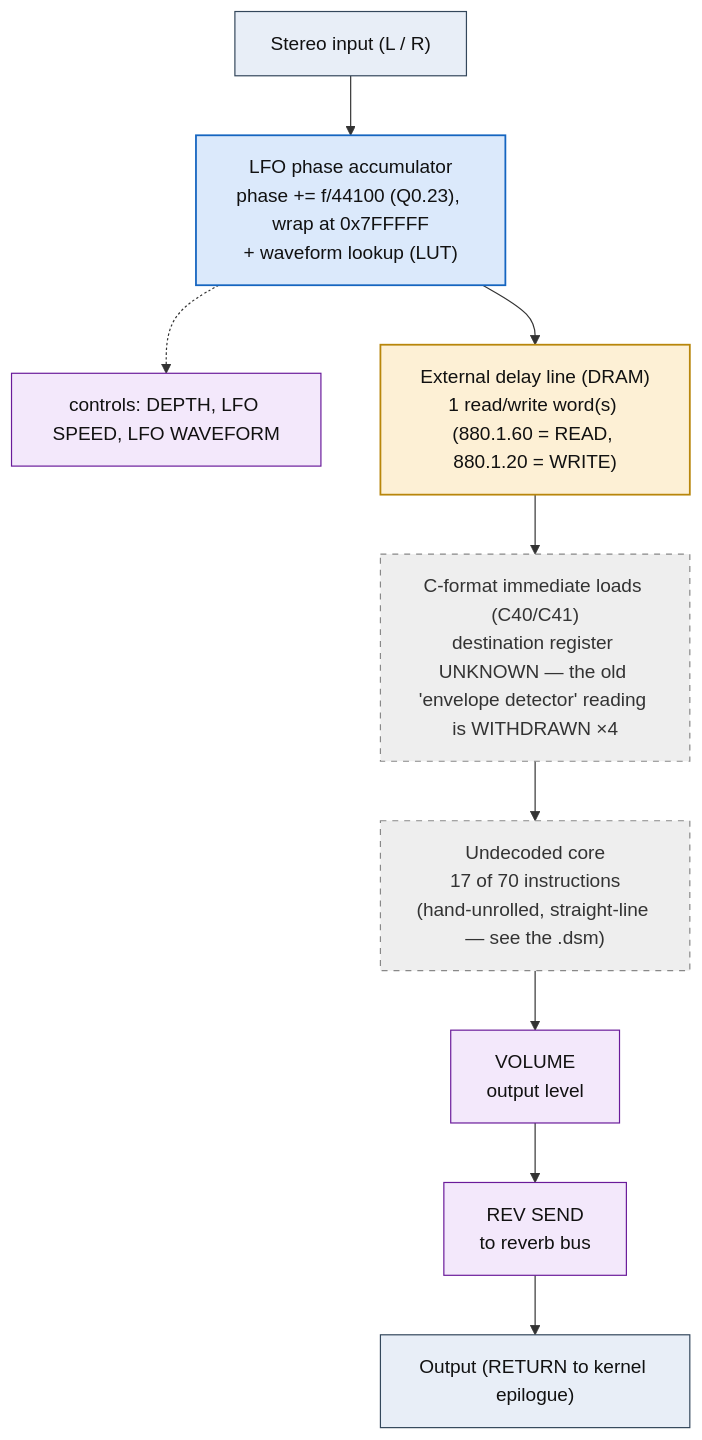
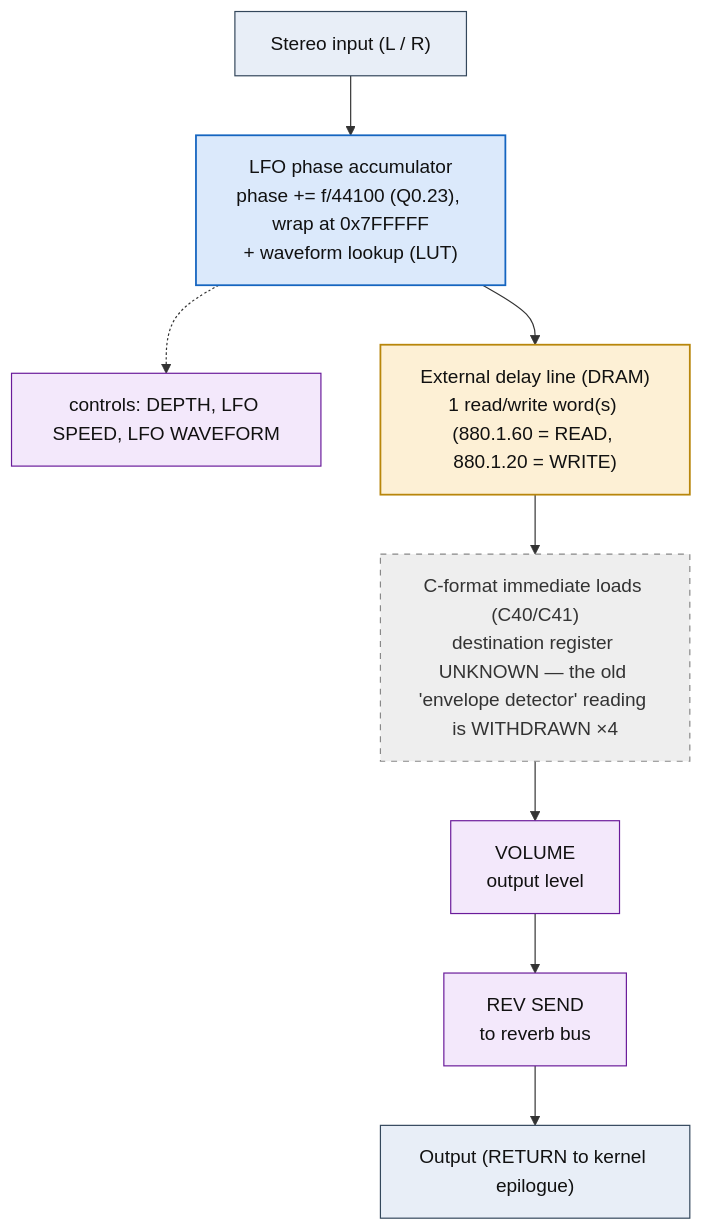
One commit to ArqueologiaDigital/kn5000-roms-disasm changed the diagram in dsp/flowcharts/prog01_chorus.md. Above: the diagram before and after it, drawn with Mermaid. The commit also changed other lines of this file and 39 other files, not shown here.

First line of the commit message:
dsp: annotate all flowcharts with the classic effect topology each shape matches

````diff
--- a/dsp/flowcharts/prog01_chorus.md
+++ b/dsp/flowcharts/prog01_chorus.md
@@ -12,32 +12,30 @@
 ```mermaid
 flowchart TD
     N0["Stereo input (L / R)"]
     N1["LFO phase accumulator<br/>phase += f/44100 (Q0.23), wrap at 0x7FFFFF<br/>+ waveform lookup (LUT)"]
     N0 --> N1
     N2["controls: DEPTH, LFO SPEED, LFO WAVEFORM"]
     N1 -.-> N2
     N3["External delay line (DRAM)<br/>1 read/write word(s) (880.1.60 = READ, 880.1.20 = WRITE)"]
     N1 --> N3
     N4["C-format immediate loads (C40/C41)<br/>destination register UNKNOWN &mdash; the old 'envelope detector' reading is WITHDRAWN &times;4"]
     N3 --> N4
-    N5["Undecoded core<br/>17 of 70 instructions<br/>(hand-unrolled, straight-line &mdash; see the .dsm)"]
+    N5["VOLUME<br/>output level"]
     N4 --> N5
-    N6["VOLUME<br/>output level"]
+    N6["REV SEND<br/>to reverb bus"]
     N5 --> N6
-    N7["REV SEND<br/>to reverb bus"]
+    N7["Output (RETURN to kernel epilogue)"]
     N6 --> N7
-    N8["Output (RETURN to kernel epilogue)"]
-    N7 --> N8
 
     classDef io fill:#e8eef7,stroke:#33475b,stroke-width:1px,color:#111;
     classDef proven fill:#d7f0d7,stroke:#2e7d32,stroke-width:2px,color:#111;
     classDef measured fill:#dbe9fb,stroke:#1565c0,stroke-width:1.5px,color:#111;
     classDef inferred fill:#fdf0d5,stroke:#b8860b,stroke-width:1.5px,color:#111;
     classDef open fill:#eeeeee,stroke:#888,stroke-width:1px,color:#333,stroke-dasharray:5 5;
     classDef ctrl fill:#f3e8fb,stroke:#6a1b9a,stroke-width:1px,color:#111;
-    class N0,N8 io;
+    class N0,N7 io;
     class N1 measured;
-    class N2,N6,N7 ctrl;
+    class N2,N5,N6 ctrl;
     class N3 inferred;
-    class N4,N5 open;
+    class N4 open;
 ```
````
